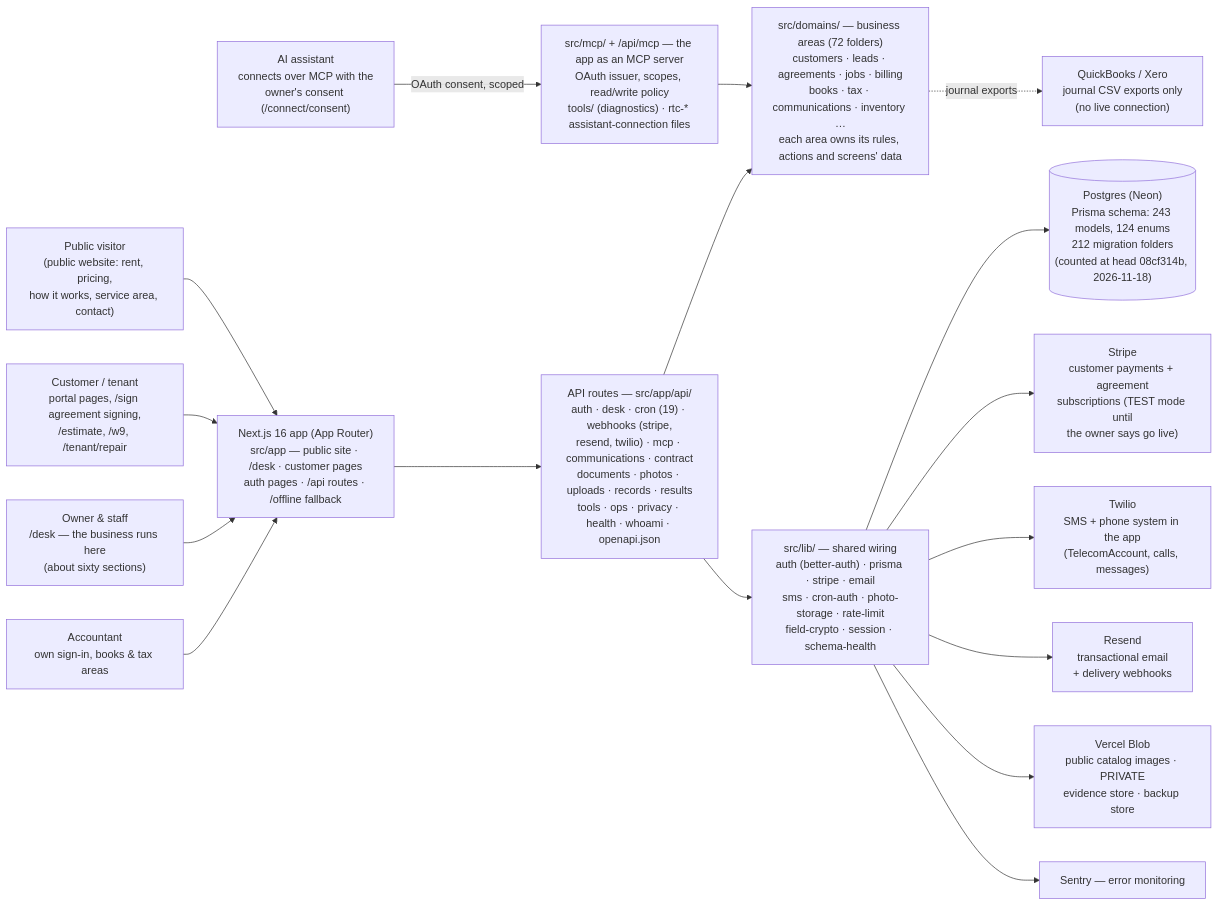
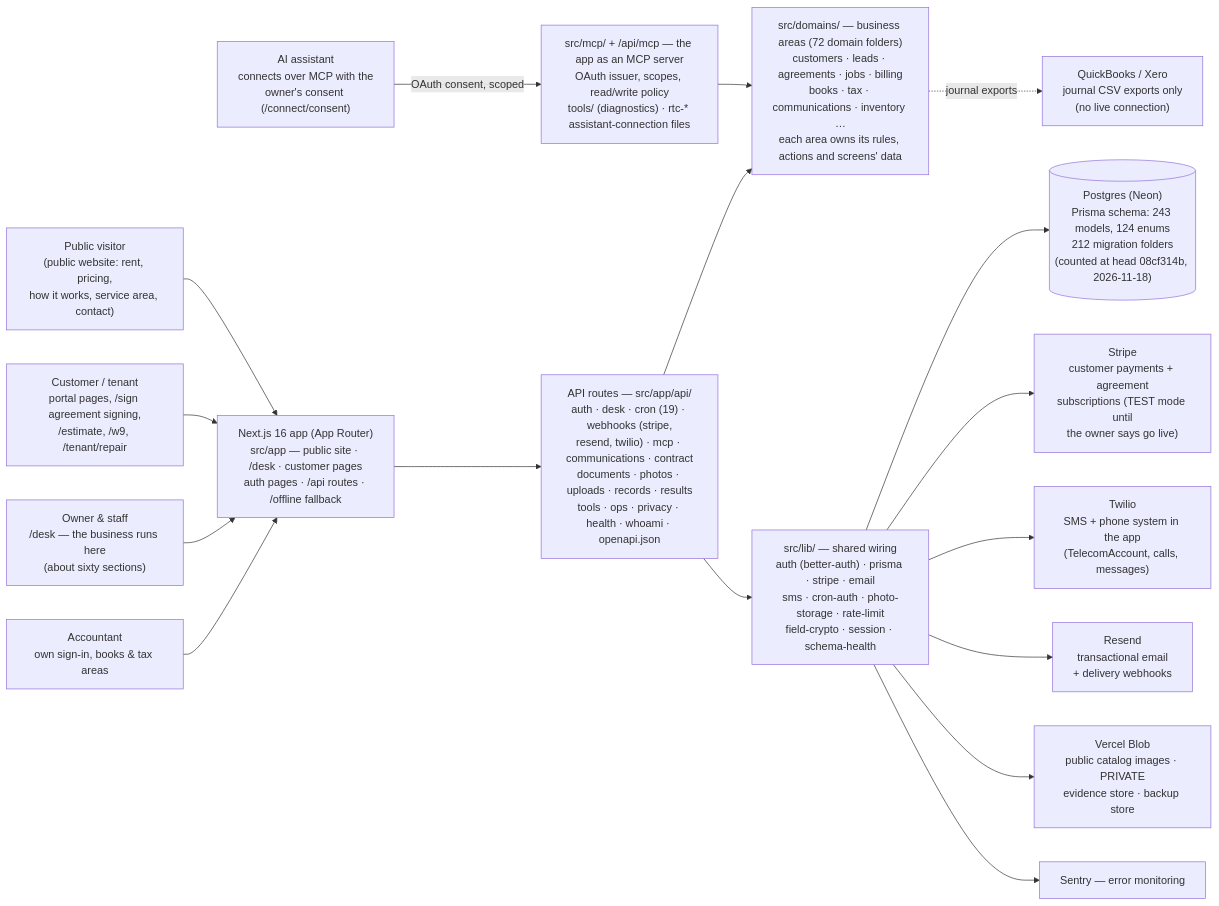
The diagram in docs/relational-map/README.md (christcr2012/appliance-desk), drawn with Mermaid before and after one commit. The commit also changed 6 other files, not shown here.

````diff
--- a/docs/relational-map/README.md
+++ b/docs/relational-map/README.md
@@ -23,31 +23,31 @@
 ```mermaid
 flowchart LR
   Visitor["Public visitor<br/>(public website: rent, pricing,<br/>how it works, service area, contact)"]
   Customer["Customer / tenant<br/>portal pages, /sign agreement signing,<br/>/estimate, /w9, /tenant/repair"]
   Staff["Owner & staff<br/>/desk — the business runs here<br/>(about sixty sections)"]
   Accountant["Accountant<br/>own sign-in, books & tax areas"]
   Assistant["AI assistant<br/>connects over MCP with the<br/>owner's consent (/connect/consent)"]
   App["Next.js 16 app (App Router)<br/>src/app — public site · /desk · customer pages<br/>auth pages · /api routes · /offline fallback"]
   API["API routes — src/app/api/<br/>auth · desk · cron (19) · webhooks (stripe,<br/>resend, twilio) · mcp · communications · contract<br/>documents · photos · uploads · records · results<br/>tools · ops · privacy · health · whoami · openapi.json"]
-  Domains["src/domains/ — business areas (72 folders)<br/>customers · leads · agreements · jobs · billing<br/>books · tax · communications · inventory …<br/>each area owns its rules, actions and screens' data"]
+  Domains["src/domains/ — business areas (72 domain folders)<br/>customers · leads · agreements · jobs · billing<br/>books · tax · communications · inventory …<br/>each area owns its rules, actions and screens' data"]
   Lib["src/lib/ — shared wiring<br/>auth (better-auth) · prisma · stripe · email<br/>sms · cron-auth · photo-storage · rate-limit<br/>field-crypto · session · schema-health"]
   MCP["src/mcp/ + /api/mcp — the app as an MCP server<br/>OAuth issuer, scopes, read/write policy<br/>tools/ (diagnostics) · rtc-* assistant-connection files"]
   DB[("Postgres (Neon)<br/>Prisma schema: 243 models, 124 enums<br/>212 migration folders<br/>(counted at head 08cf314b, 2026-11-18)")]
   Stripe["Stripe<br/>customer payments + agreement<br/>subscriptions (TEST mode until<br/>the owner says go live)"]
   Twilio["Twilio<br/>SMS + phone system in the app<br/>(TelecomAccount, calls, messages)"]
   Resend["Resend<br/>transactional email<br/>+ delivery webhooks"]
   Blob["Vercel Blob<br/>public catalog images · PRIVATE<br/>evidence store · backup store"]
   Sentry["Sentry — error monitoring"]
   BooksOut["QuickBooks / Xero<br/>journal CSV exports only<br/>(no live connection)"]
 
   Visitor --> App
   Customer --> App
   Staff --> App
   Accountant --> App
   Assistant -->|"OAuth consent, scoped"| MCP
   App --> API --> Domains
   API --> Lib --> DB
   MCP --> Domains
   Lib --> Stripe & Twilio & Resend & Blob & Sentry
   Domains -.->|"journal exports"| BooksOut
 ```
````
